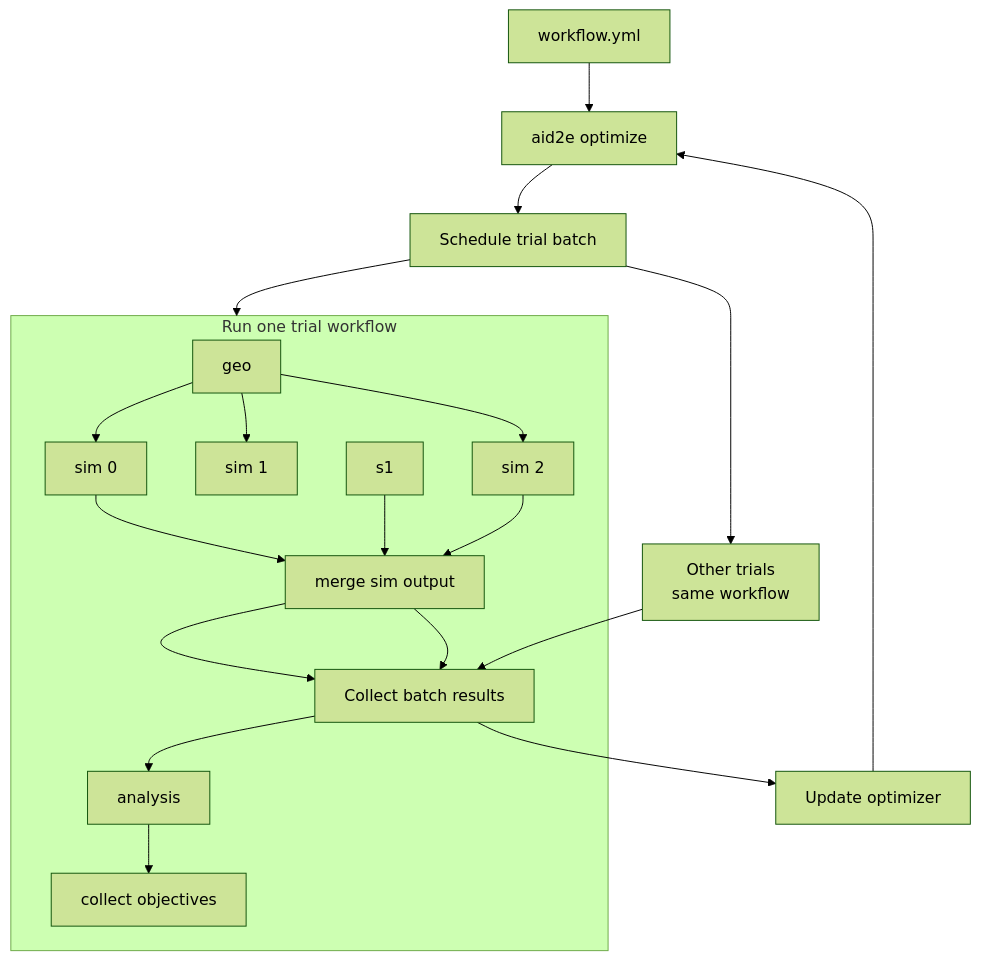
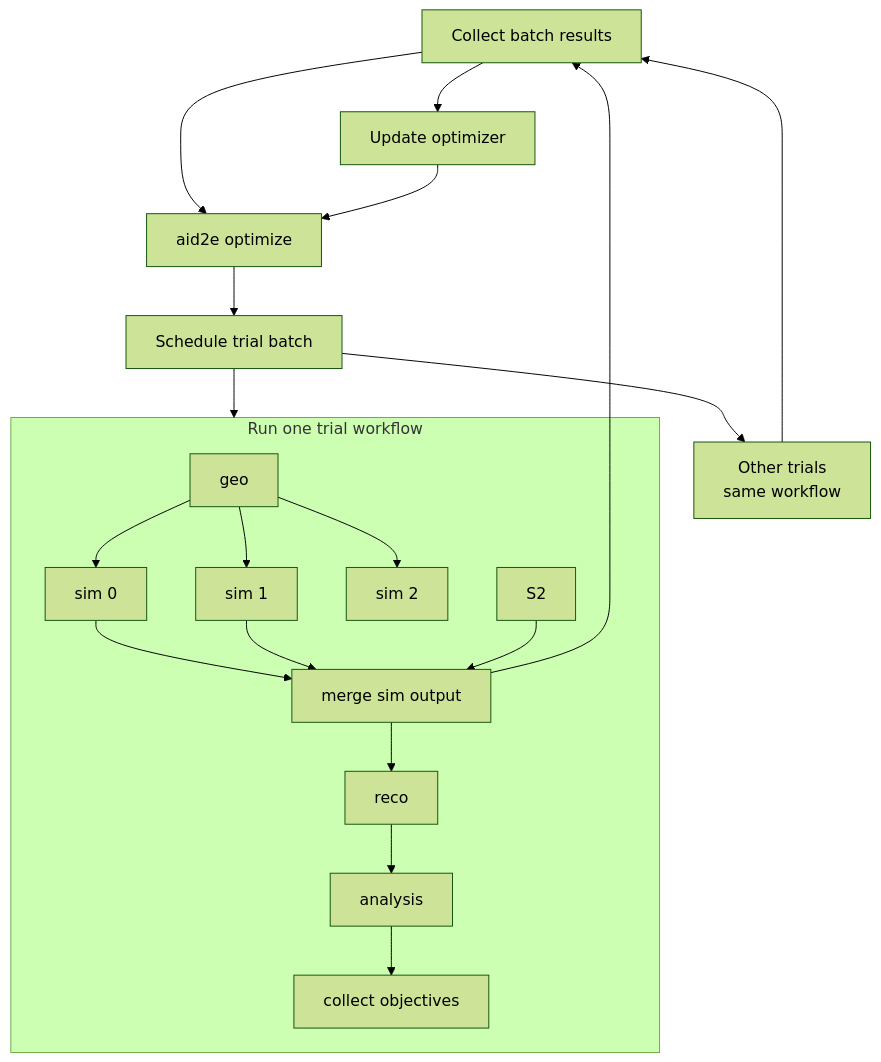
One commit to aid2e/AID2E-framework changed the diagram in examples/bic/README.md. Above: the diagram before and after it, drawn with Mermaid (forest theme).

Commit message:
Apply mermaid fixes

````diff
--- a/examples/bic/README.md
+++ b/examples/bic/README.md
@@ -46,26 +46,26 @@
 ```mermaid
 flowchart TB
   C["workflow.yml"] --> O["aid2e optimize"]
   O --> B["Schedule trial batch"]
 
   subgraph T["Run one trial workflow"]
     G["geo"]
     G --> S0["sim 0"]
     G --> S1["sim 1"]
     G --> s2["sim 2"]
 
     S0 --> M["merge sim output"]
-    s1 --> M
-    s2 --> M
+    S1 --> M
+    S2 --> M
     M  --> R["reco"]
     R  --> A["analysis"]
 
     A --> E["collect objectives"]
   end
 
   B --> T
   B --> N["Other trials<br/>same workflow"]
-  M --> R["Collect batch results"]
-  N --> R
-  R --> U["Update optimizer"] --> O
+  M --> C["Collect batch results"]
+  N --> C
+  C --> U["Update optimizer"] --> O
 ```
````
